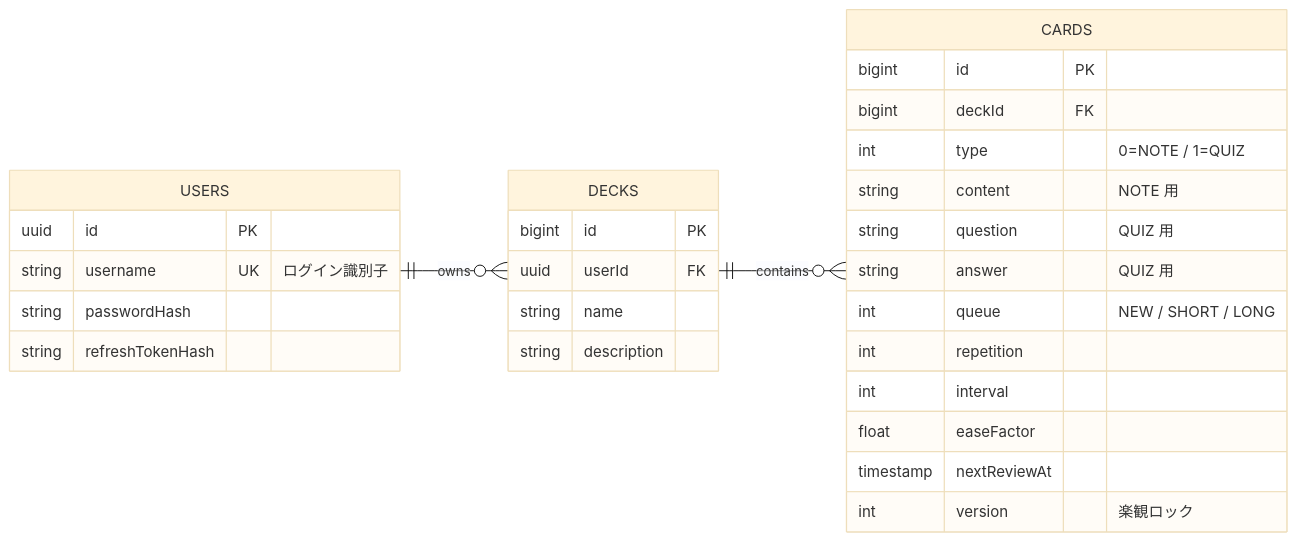
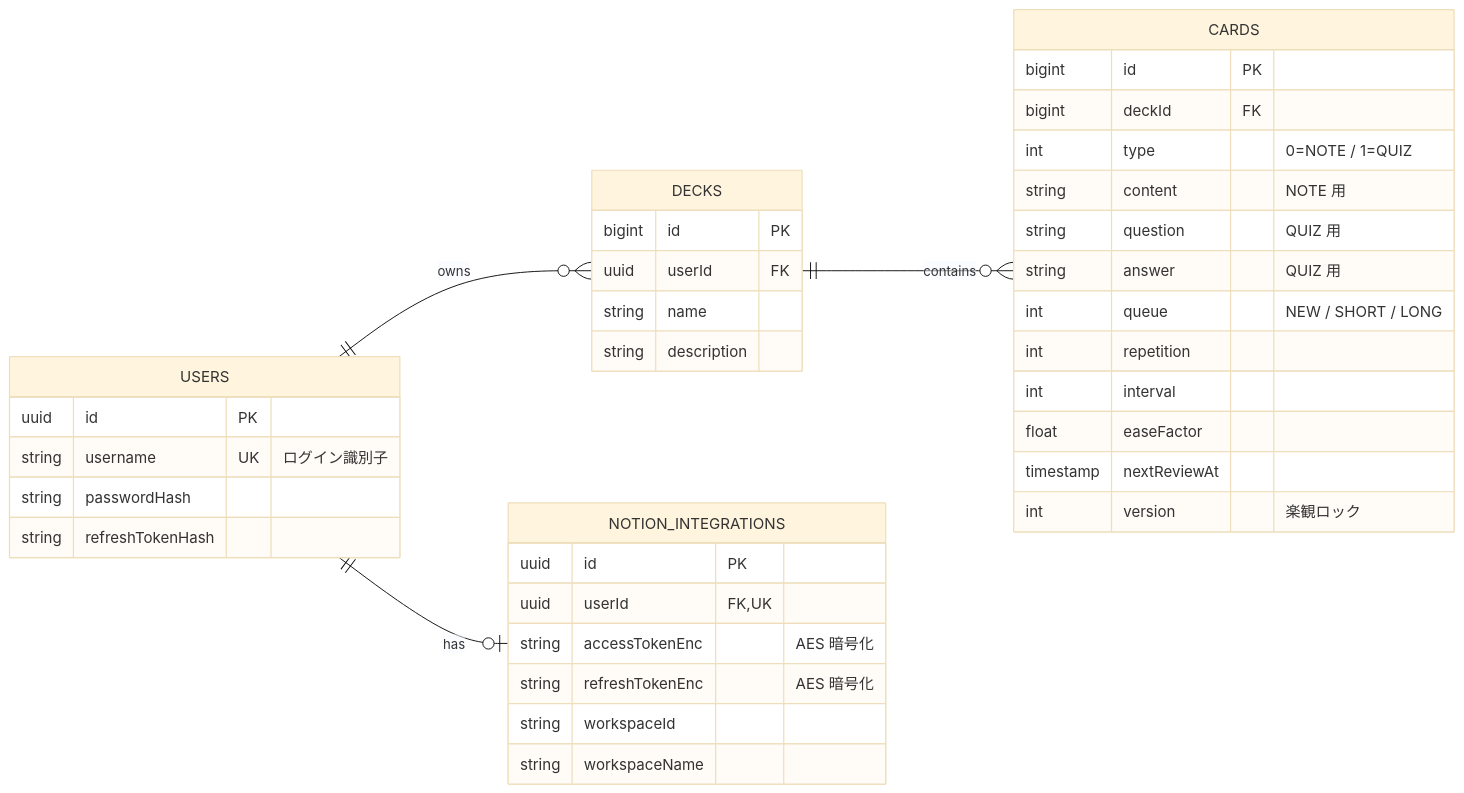
The second of 2 diagrams in README.md (Shin0005/memo-anki), drawn with Mermaid (base theme) before and after one commit. The commit also changed other lines of this file, not shown here.

````diff
--- a/README.md
+++ b/README.md
@@ -106,33 +105,42 @@
 ```mermaid
 erDiagram
   direction LR
   USERS ||--o{ DECKS : owns
   DECKS ||--o{ CARDS : contains
+  USERS ||--o| NOTION_INTEGRATIONS : has
 
   USERS {
     uuid id PK
     string username UK "ログイン識別子"
     string passwordHash
     string refreshTokenHash
   }
   DECKS {
     bigint id PK
     uuid userId FK
     string name
     string description
   }
   CARDS {
     bigint id PK
     bigint deckId FK
     int type "0=NOTE / 1=QUIZ"
     string content "NOTE 用"
     string question "QUIZ 用"
     string answer "QUIZ 用"
     int queue "NEW / SHORT / LONG"
     int repetition
     int interval
     float easeFactor
     timestamp nextReviewAt
     int version "楽観ロック"
   }
+  NOTION_INTEGRATIONS {
+    uuid id PK
+    uuid userId FK,UK
+    string accessTokenEnc "AES 暗号化"
+    string refreshTokenEnc "AES 暗号化"
+    string workspaceId
+    string workspaceName
+  }
 ```
````
